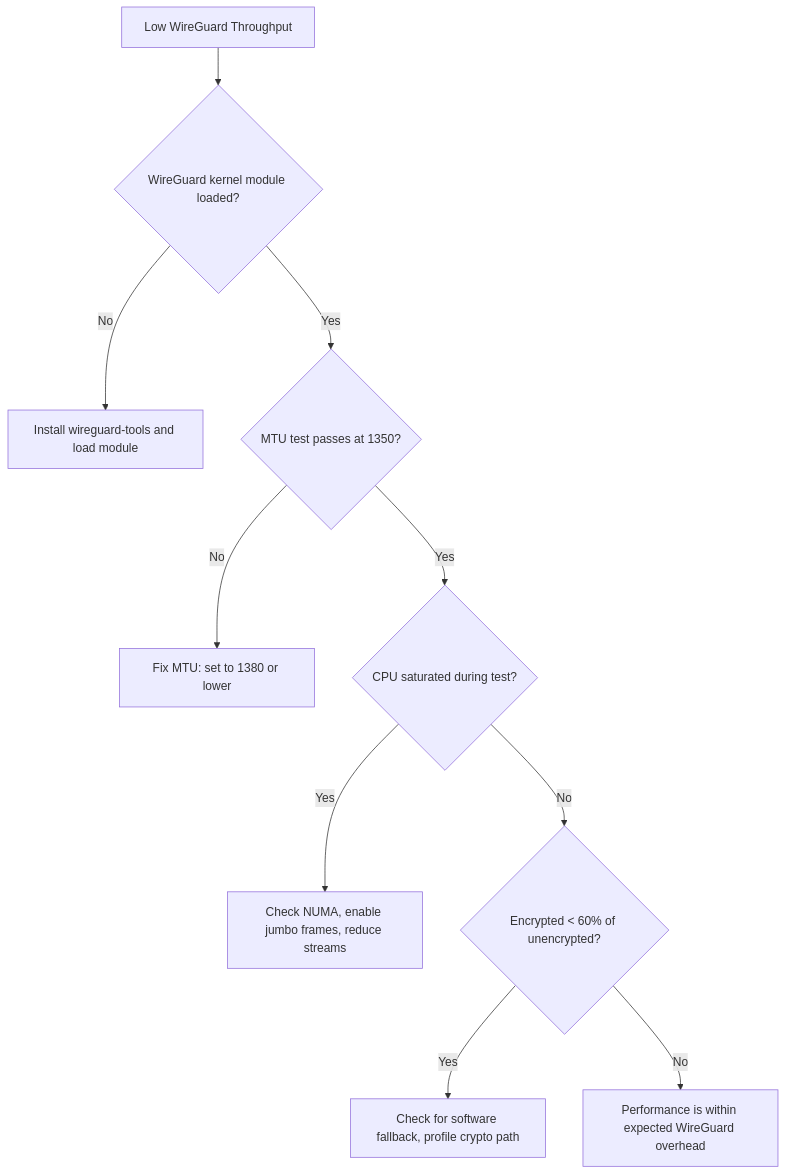
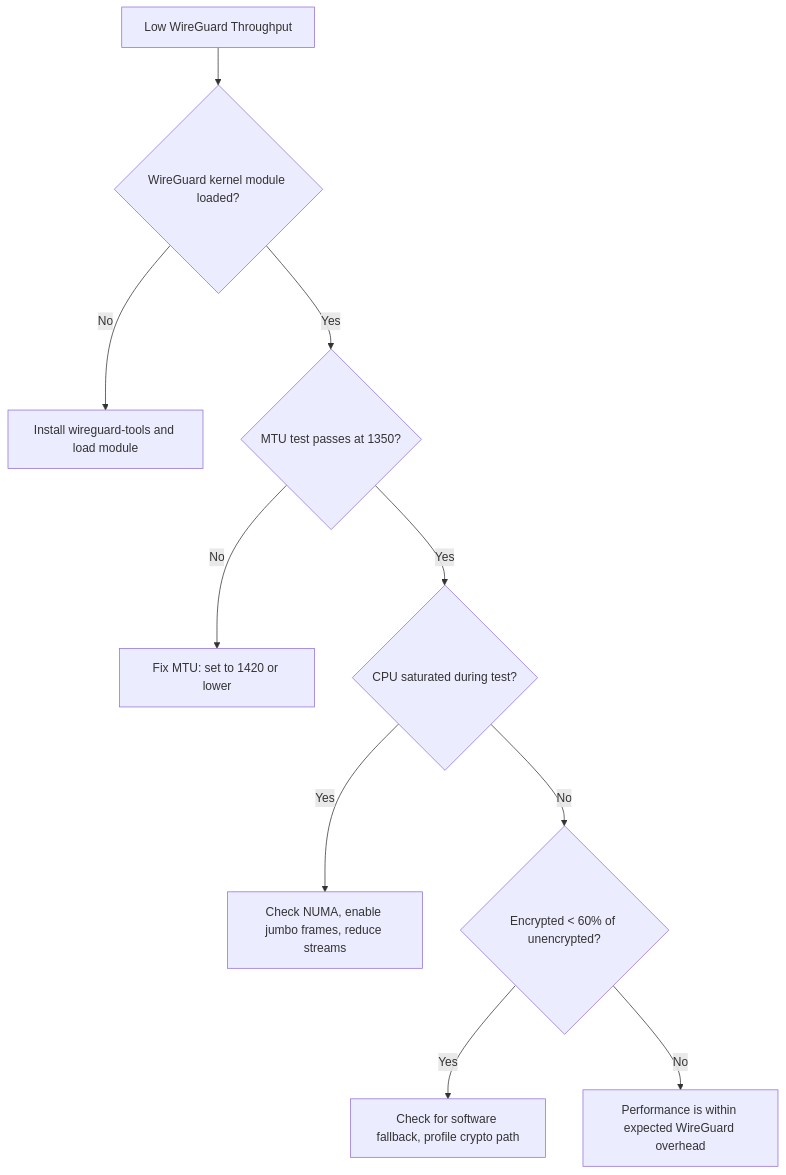
One commit to OneUptime/blog changed the diagram in posts/2026-03-14-troubleshoot-wireguard-throughput-cilium-performance/README.md. Above: the diagram before and after it, drawn with Mermaid. The commit also changed other lines of this file and 51 other files, not shown here.

````diff
--- a/posts/2026-03-14-troubleshoot-wireguard-throughput-cilium-performance/README.md
+++ b/posts/2026-03-14-troubleshoot-wireguard-throughput-cilium-performance/README.md
@@ -116,12 +116,12 @@
 ```mermaid
 graph TD
     A[Low WireGuard Throughput] --> B{WireGuard kernel module loaded?}
     B -->|No| C[Install wireguard-tools and load module]
     B -->|Yes| D{MTU test passes at 1350?}
-    D -->|No| E[Fix MTU: set to 1380 or lower]
+    D -->|No| E[Fix MTU: set to 1420 or lower]
     D -->|Yes| F{CPU saturated during test?}
     F -->|Yes| G[Check NUMA, enable jumbo frames, reduce streams]
     F -->|No| H{Encrypted < 60% of unencrypted?}
     H -->|Yes| I[Check for software fallback, profile crypto path]
     H -->|No| J[Performance is within expected WireGuard overhead]
 ```
````
